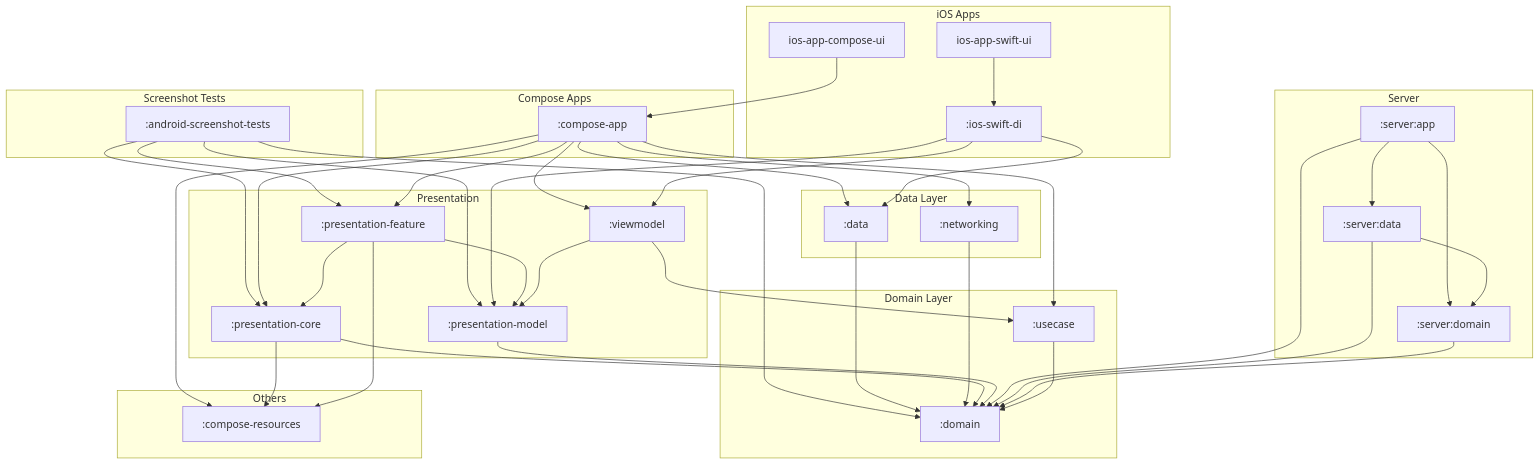
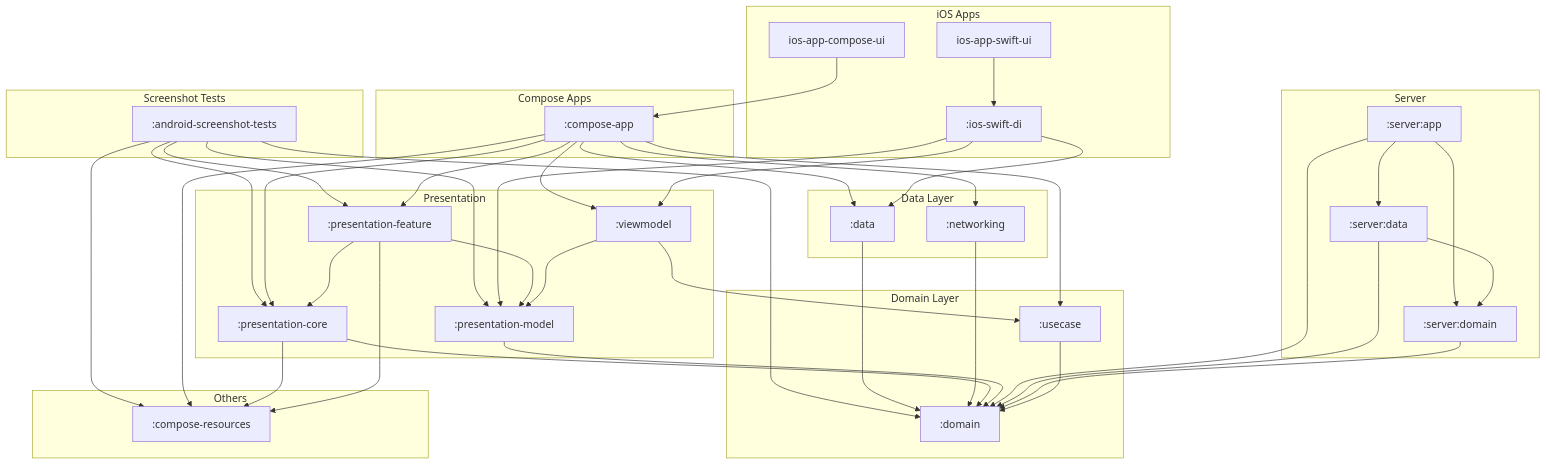
One commit to cartland/battery-butler changed the diagram in docs/diagrams/full_system_structure.mmd. Above: the diagram before and after it, drawn with Mermaid. The commit also changed 4 other files, not shown here.

Commit message:
Add explicit compose-resources dependency to screenshot tests

```diff
--- a/docs/diagrams/full_system_structure.mmd
+++ b/docs/diagrams/full_system_structure.mmd
@@ -1,90 +1,91 @@
 graph TD
     subgraph "iOS Apps"
         IosSwiftDi[":ios-swift-di"]
         IosAppComposeUi["ios-app-compose-ui"]
         IosAppSwiftUi["ios-app-swift-ui"]
     end
 
     subgraph "Compose Apps"
         ComposeApp[":compose-app"]
     end
 
     subgraph "Server"
         ServerApp[":server:app"]
         ServerData[":server:data"]
         ServerDomain[":server:domain"]
     end
 
     subgraph "Presentation"
         PresentationCore[":presentation-core"]
         PresentationFeature[":presentation-feature"]
         PresentationModel[":presentation-model"]
         Viewmodel[":viewmodel"]
     end
 
     subgraph "Domain Layer"
         Domain[":domain"]
         Usecase[":usecase"]
     end
 
     subgraph "Data Layer"
         Data[":data"]
         Networking[":networking"]
     end
 
     subgraph "Screenshot Tests"
         AndroidScreenshotTests[":android-screenshot-tests"]
     end
 
     subgraph "Others"
         ComposeResources[":compose-resources"]
     end
 
     %% Dependencies
+    AndroidScreenshotTests --> ComposeResources
     AndroidScreenshotTests --> Domain
     AndroidScreenshotTests --> PresentationCore
     AndroidScreenshotTests --> PresentationFeature
     AndroidScreenshotTests --> PresentationModel
 
     ComposeApp --> ComposeResources
     ComposeApp --> Data
     ComposeApp --> Networking
     ComposeApp --> PresentationCore
     ComposeApp --> PresentationFeature
     ComposeApp --> Usecase
     ComposeApp --> Viewmodel
 
     Data --> Domain
 
     IosSwiftDi --> Data
     IosSwiftDi --> PresentationModel
     IosSwiftDi --> Viewmodel
 
     Networking --> Domain
 
     PresentationCore --> ComposeResources
     PresentationCore --> Domain
 
     PresentationFeature --> ComposeResources
     PresentationFeature --> PresentationCore
     PresentationFeature --> PresentationModel
 
     PresentationModel --> Domain
 
     ServerApp --> Domain
     ServerApp --> ServerData
     ServerApp --> ServerDomain
 
     ServerData --> Domain
     ServerData --> ServerDomain
 
     ServerDomain --> Domain
 
     Usecase --> Domain
 
     Viewmodel --> PresentationModel
     Viewmodel --> Usecase
 
     IosAppComposeUi --> ComposeApp
 
     IosAppSwiftUi --> IosSwiftDi
```
